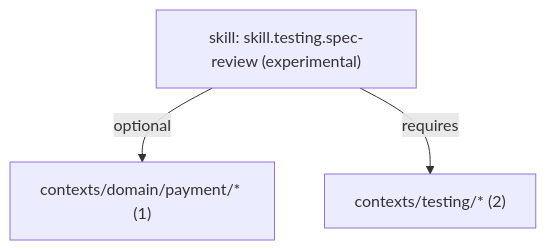
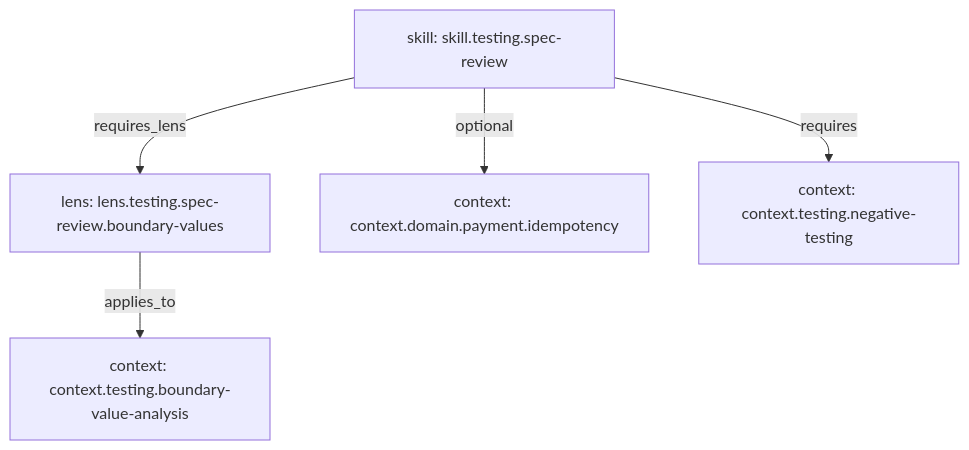
One commit to KazuCocoa/renma changed the diagram in examples/context-repo/README.md. Above: the diagram before and after it, drawn with Mermaid. The commit also changed other lines of this file and 11 other files, not shown here.

````diff
--- a/examples/context-repo/README.md
+++ b/examples/context-repo/README.md
@@ -41,8 +138,12 @@
 ```mermaid
-graph TD
-  node_0["contexts/domain/payment/* (1)"]
-  node_1["contexts/testing/* (2)"]
-  node_2["skill: skill.testing.spec-review (experimental)"]
-  node_2 -->|optional| node_0
-  node_2 -->|requires| node_1
+flowchart TD
+  node_0["skill: skill.testing.spec-review"]
+  node_1["lens: lens.testing.spec-review.boundary-values"]
+  node_2["context: context.domain.payment.idempotency"]
+  node_3["context: context.testing.negative-testing"]
+  node_4["context: context.testing.boundary-value-analysis"]
+  node_0 -->|requires_lens| node_1
+  node_0 -->|optional| node_2
+  node_0 -->|requires| node_3
+  node_1 -->|applies_to| node_4
 ```
````
